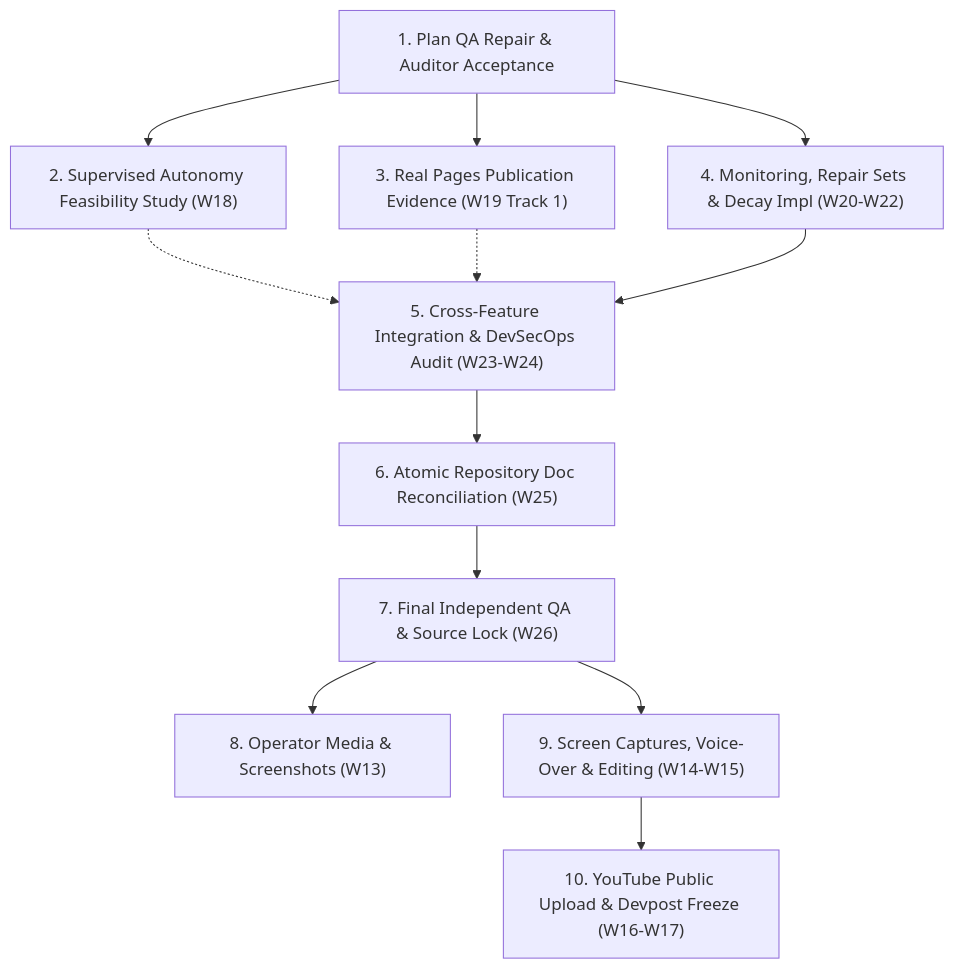
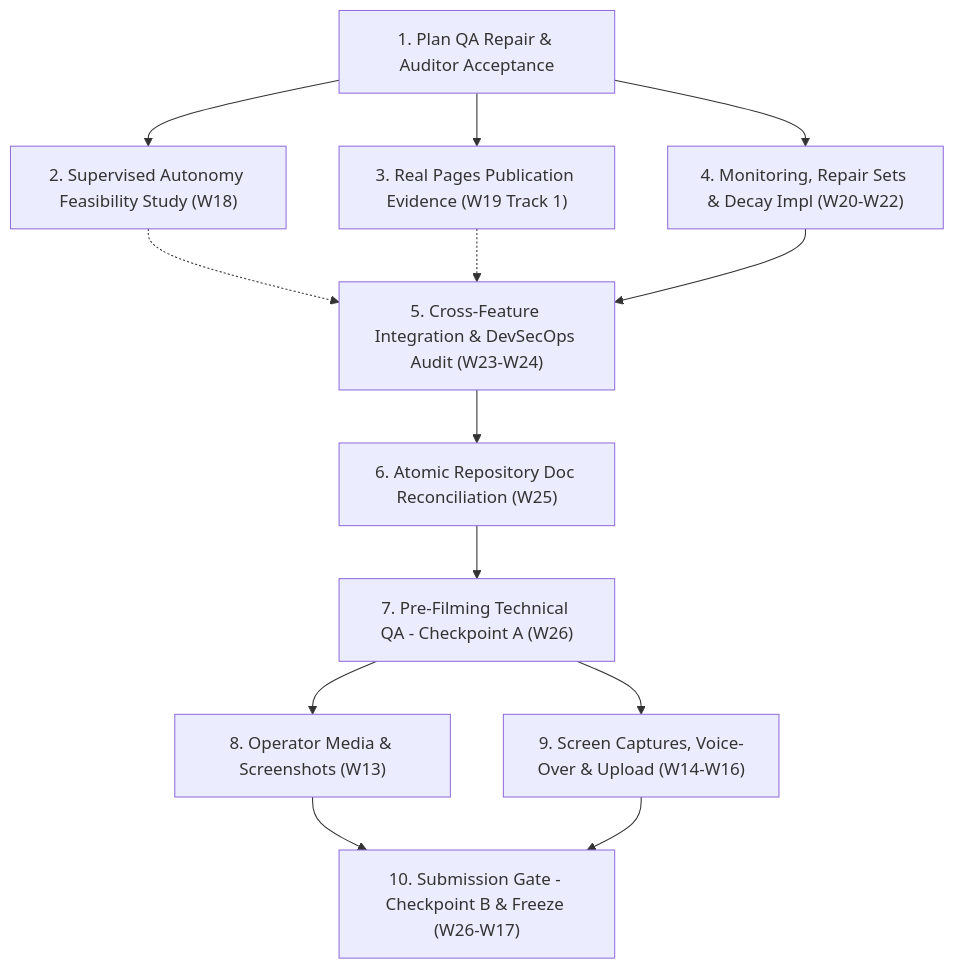
Before and after one commit to zyganali-glitch/termivance-qa-mirror: the fifth of 6 diagrams in plans/TERMIVANCE_MASTER_EXECUTION_PLAN.md, drawn with Mermaid. The commit also changed other lines of this file, not shown here.

Commit message:
fix(plan): final delivery-gate closure, public UI hosting, media, and release consistency

````diff
--- a/plans/TERMIVANCE_MASTER_EXECUTION_PLAN.md
+++ b/plans/TERMIVANCE_MASTER_EXECUTION_PLAN.md
@@ -1315,14 +1577,15 @@
 ```mermaid
 flowchart TD
     S1["1. Plan QA Repair & Auditor Acceptance"] --> S2["2. Supervised Autonomy Feasibility Study (W18)"]
     S1 --> S3["3. Real Pages Publication Evidence (W19 Track 1)"]
     S1 --> S4["4. Monitoring, Repair Sets & Decay Impl (W20-W22)"]
     S2 -.-> S5["5. Cross-Feature Integration & DevSecOps Audit (W23-W24)"]
     S3 -.-> S5
     S4 --> S5
     S5 --> S6["6. Atomic Repository Doc Reconciliation (W25)"]
-    S6 --> S7["7. Final Independent QA & Source Lock (W26)"]
+    S6 --> S7["7. Pre-Filming Technical QA - Checkpoint A (W26)"]
     S7 --> S8["8. Operator Media & Screenshots (W13)"]
-    S7 --> S9["9. Screen Captures, Voice-Over & Editing (W14-W15)"]
-    S9 --> S10["10. YouTube Public Upload & Devpost Freeze (W16-W17)"]
+    S7 --> S9["9. Screen Captures, Voice-Over & Upload (W14-W16)"]
+    S8 --> S10["10. Submission Gate - Checkpoint B & Freeze (W26-W17)"]
+    S9 --> S10
 ```
````
